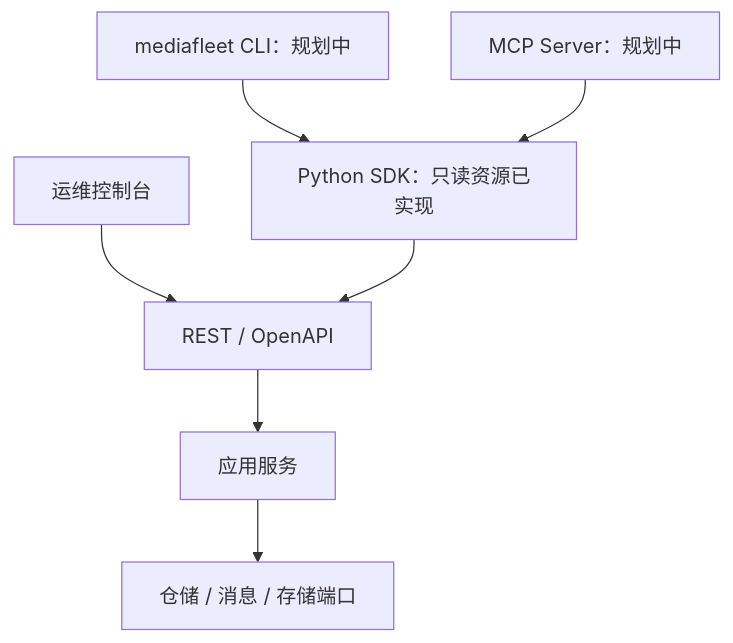
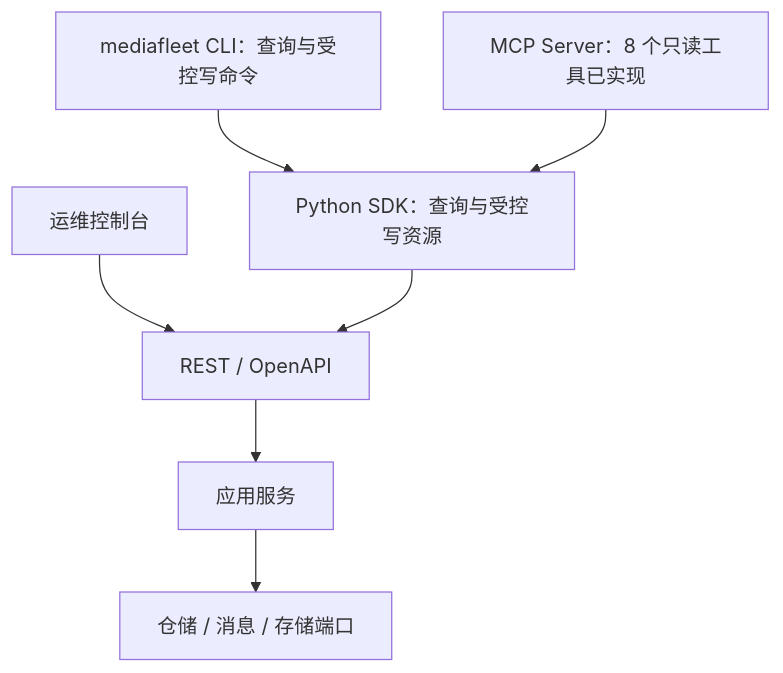
The diagram in docs/architecture/interfaces.md (GitHubZhuMin/MediaFleet), drawn with Mermaid before and after one commit. The commit also changed other lines of this file and 103 other files, not shown here.

First line of the commit message:
feat: 添加范围化授权与 SDK/CLI 受控写操作 (#14)

````diff
--- a/docs/architecture/interfaces.md
+++ b/docs/architecture/interfaces.md
@@ -7,17 +7,17 @@
 ```mermaid
 flowchart TB
     REST[REST / OpenAPI]
     Console[运维控制台]
-    SDK[Python SDK：只读资源已实现]
-    CLI[mediafleet CLI：规划中]
-    MCP[MCP Server：规划中]
+    SDK[Python SDK：查询与受控写资源]
+    CLI[mediafleet CLI：查询与受控写命令]
+    MCP[MCP Server：8 个只读工具已实现]
     App[应用服务]
     Ports[仓储 / 消息 / 存储端口]
 
     REST --> App
     Console --> REST
     SDK --> REST
     CLI --> SDK
     MCP --> SDK
     App --> Ports
 ```
````
